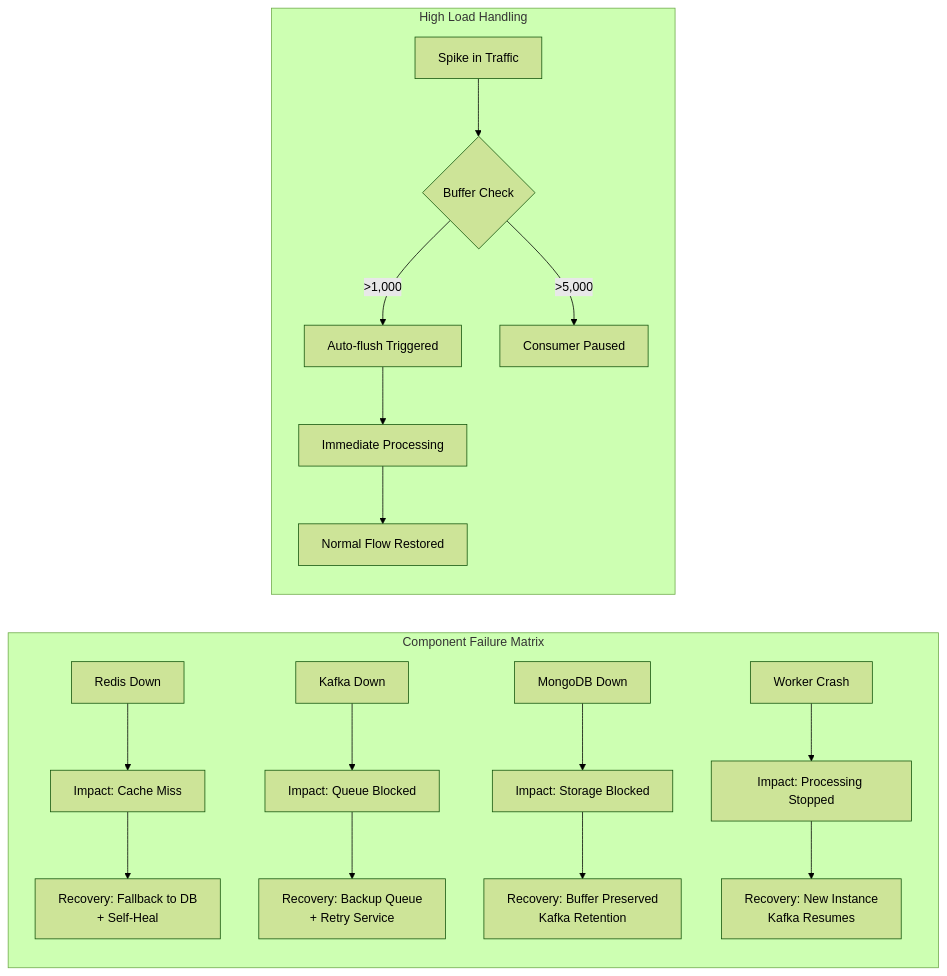
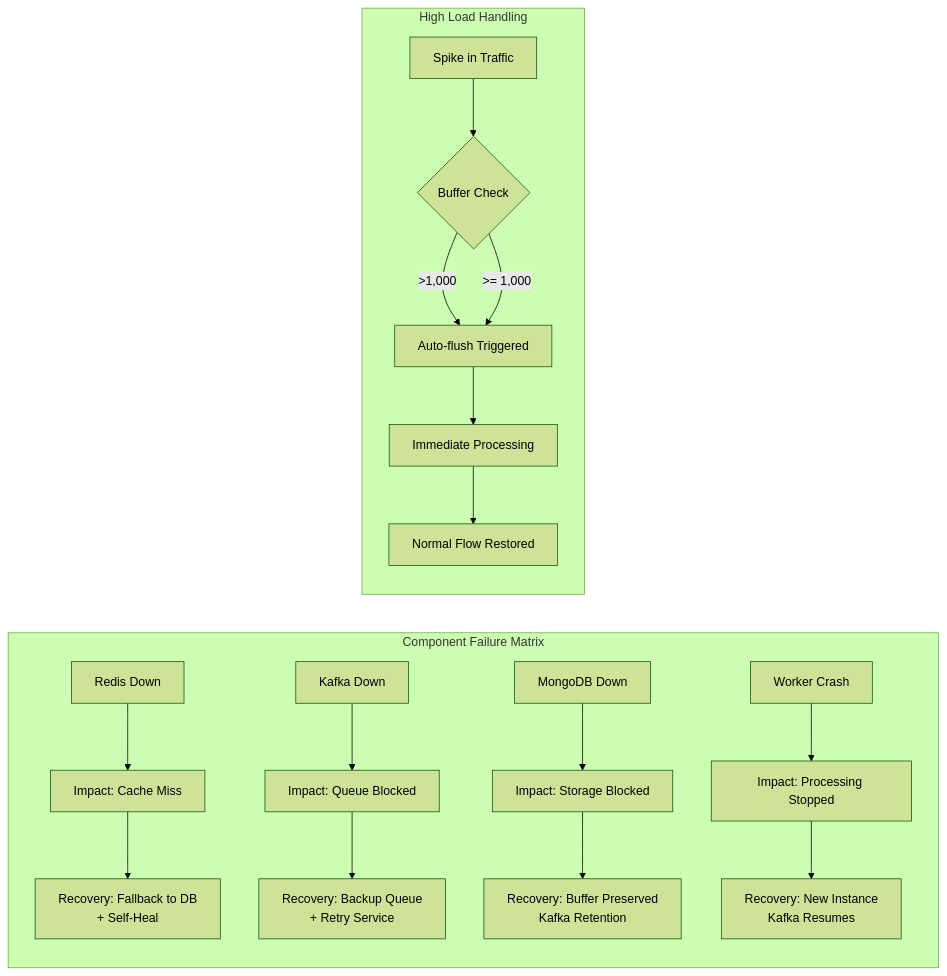
One commit to shubharoydev/ai-chat-app changed the fifth of 5 diagrams in docs/CHAT_PERSISTANCE_FLOW.md. Above: the diagram before and after it, drawn with Mermaid (forest theme). The commit also changed other lines of this file and 29 other files, not shown here.

````diff
--- a/docs/CHAT_PERSISTANCE_FLOW.md
+++ b/docs/CHAT_PERSISTANCE_FLOW.md
@@ -222,26 +219,26 @@
 ```mermaid
 flowchart LR
     subgraph A [Component Failure Matrix]
         direction TB
         A1[Redis Down] --> A2[Impact: Cache Miss]
         A2 --> A3[Recovery: Fallback to DB<br/>+ Self-Heal]
         
         A4[Kafka Down] --> A5[Impact: Queue Blocked]
         A5 --> A6[Recovery: Backup Queue<br/>+ Retry Service]
         
         A7[MongoDB Down] --> A8[Impact: Storage Blocked]
         A8 --> A9[Recovery: Buffer Preserved<br/>Kafka Retention]
         
         A10[Worker Crash] --> A11[Impact: Processing Stopped]
         A11 --> A12[Recovery: New Instance<br/>Kafka Resumes]
     end
     
     subgraph B [High Load Handling]
         direction TB
         B1[Spike in Traffic] --> B2{Buffer Check}
         B2 -->|>1,000| B3[Auto-flush Triggered]
-        B2 -->|>5,000| B4[Consumer Paused]
+        B2 -->|>= 1,000| B3[Auto-flush Triggered]
         B3 --> B5[Immediate Processing]
         B5 --> B6[Normal Flow Restored]
     end
 ```
````
